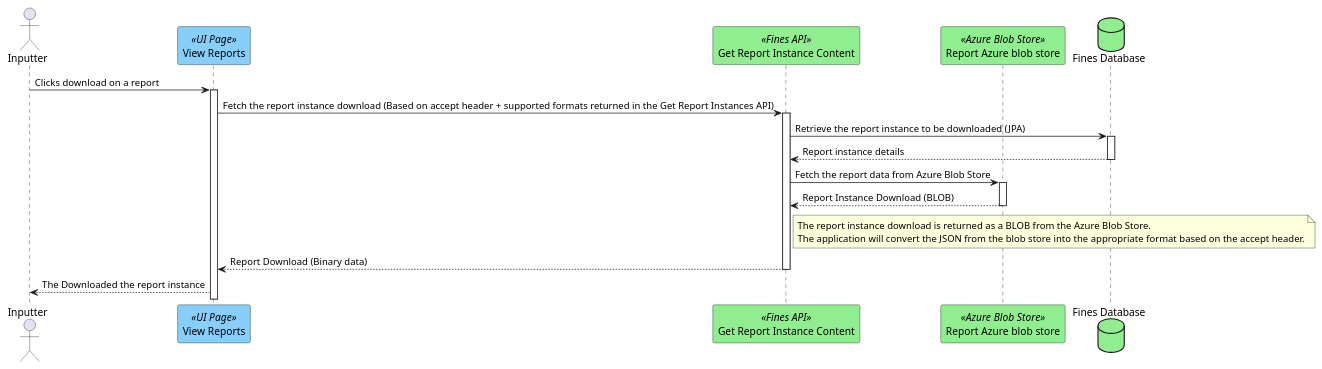
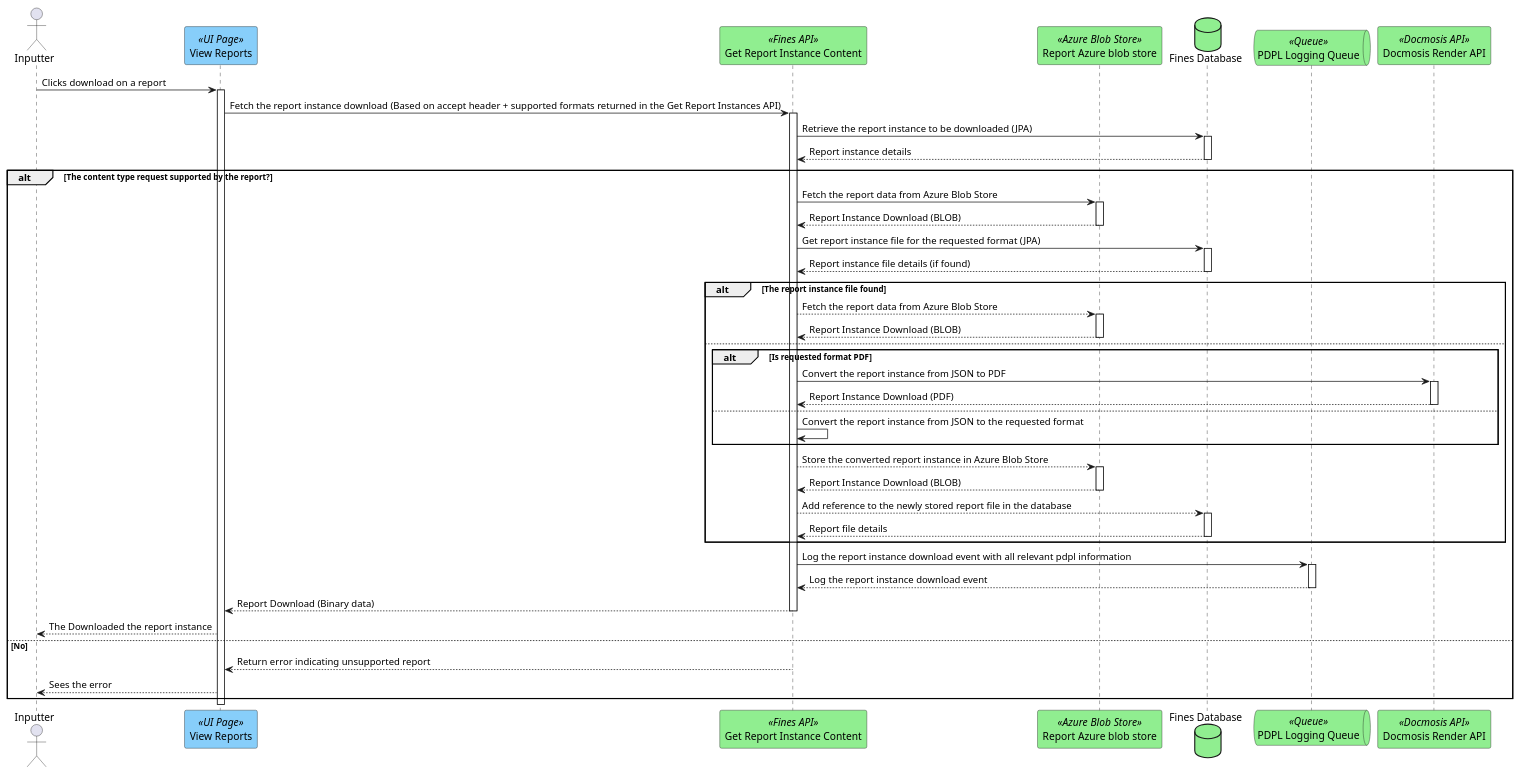
The diagram in plantUML/fae-reports/fae-download_reports_instance.puml (hmcts/opal-docs), drawn with PlantUML before and after one commit.

Commit message:
Updated report content

```diff
--- a/plantUML/fae-reports/fae-download_reports_instance.puml
+++ b/plantUML/fae-reports/fae-download_reports_instance.puml
@@ -1,21 +1,46 @@
 @startuml
 actor "Inputter" as user
 participant "View Reports" as viewReportsInstances <<UI Page>> #lightskyblue
 participant "Get Report Instance Content" as getReportInstanceDownload <<Fines API>> #lightgreen
 participant "Report Azure blob store" as reportBlobStore <<Azure Blob Store>> #lightgreen
 database "Fines Database" as db #lightgreen
+queue "PDPL Logging Queue" as pdplQueue <<Queue>> #lightgreen
+participant "Docmosis Render API" as docmosisRender <<Docmosis API>> #lightgreen
 
 user -> viewReportsInstances ++: Clicks download on a report
 viewReportsInstances -> getReportInstanceDownload ++ : Fetch the report instance download (Based on accept header + supported formats returned in the Get Report Instances API)
 getReportInstanceDownload -> db ++ : Retrieve the report instance to be downloaded (JPA)
 getReportInstanceDownload <-- db -- : Report instance details
-getReportInstanceDownload -> reportBlobStore ++ : Fetch the report data from Azure Blob Store
-getReportInstanceDownload <-- reportBlobStore -- : Report Instance Download (BLOB)
-note right of getReportInstanceDownload
-The report instance download is returned as a BLOB from the Azure Blob Store.
-The application will convert the JSON from the blob store into the appropriate format based on the accept header.
-end note
-viewReportsInstances <-- getReportInstanceDownload -- : Report Download (Binary data)
-user <-- viewReportsInstances: The Downloaded the report instance
+alt The content type request supported by the report?
+    getReportInstanceDownload -> reportBlobStore ++ : Fetch the report data from Azure Blob Store
+    getReportInstanceDownload <-- reportBlobStore -- : Report Instance Download (BLOB)
 
+    getReportInstanceDownload -> db ++ : Get report instance file for the requested format (JPA)
+    getReportInstanceDownload <-- db -- : Report instance file details (if found)
+
+    alt The report instance file found
+        getReportInstanceDownload --> reportBlobStore ++ : Fetch the report data from Azure Blob Store
+        getReportInstanceDownload <-- reportBlobStore -- : Report Instance Download (BLOB)
+    else
+        alt Is requested format PDF
+            getReportInstanceDownload -> docmosisRender ++ : Convert the report instance from JSON to PDF
+            getReportInstanceDownload <-- docmosisRender -- : Report Instance Download (PDF)
+        else
+            getReportInstanceDownload -> getReportInstanceDownload : Convert the report instance from JSON to the requested format
+        end
+        getReportInstanceDownload --> reportBlobStore ++ : Store the converted report instance in Azure Blob Store
+        getReportInstanceDownload <-- reportBlobStore -- : Report Instance Download (BLOB)
+        getReportInstanceDownload --> db ++ : Add reference to the newly stored report file in the database
+        getReportInstanceDownload <-- db -- : Report file details
+    end if
+
+    getReportInstanceDownload -> pdplQueue ++ : Log the report instance download event with all relevant pdpl information
+    getReportInstanceDownload <-- pdplQueue -- : Log the report instance download event
+
+    viewReportsInstances <-- getReportInstanceDownload -- : Report Download (Binary data)
+    user <-- viewReportsInstances: The Downloaded the report instance
+else No
+    viewReportsInstances <-- getReportInstanceDownload -- : Return error indicating unsupported report
+    user <-- viewReportsInstances: Sees the error
+end
 @enduml
```
